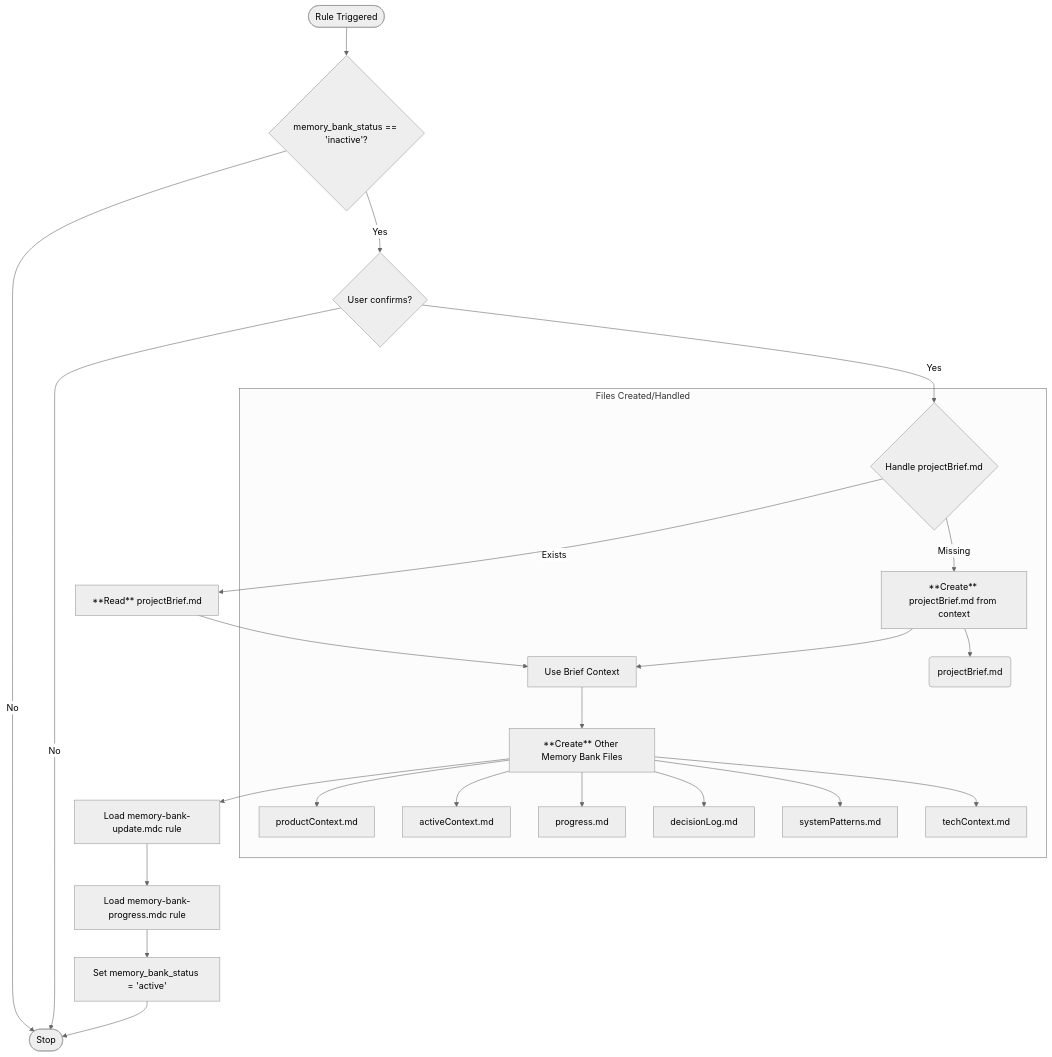
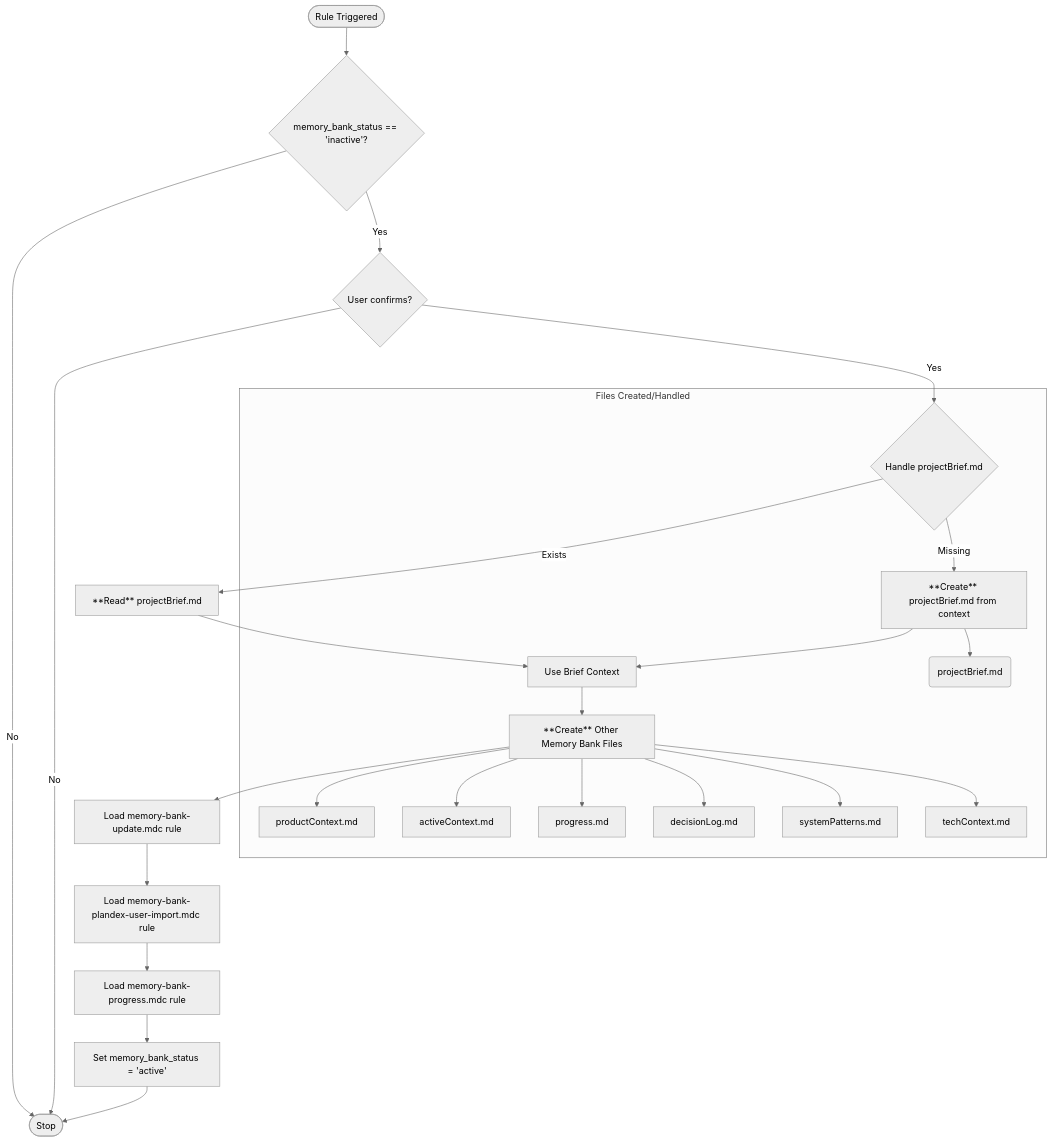
Before and after one commit to kvokka/getting-started: the diagram in .cursor/rules/agent/memory-bank-init.mdc, drawn with Mermaid (neutral theme). The commit also changed other lines of this file and 6 other files, not shown here.

First line of the commit message:
refactor: update memory bank initialization flow

````diff
--- a/.cursor/rules/agent/memory-bank-init.mdc
+++ b/.cursor/rules/agent/memory-bank-init.mdc
@@ -19,34 +19,35 @@
 ```mermaid
 flowchart TD
     Start([Rule Triggered]) --> CheckStatus{memory_bank_status == 'inactive'?}
     CheckStatus -->|No| End([Stop])
 
     CheckStatus -->|Yes| Confirm{User confirms?}
     Confirm -->|No| End
 
     Confirm -->|Yes| HandleBrief{Handle projectBrief.md}
     HandleBrief -- Exists --> ReadBrief[**Read** projectBrief.md]
     HandleBrief -- Missing --> CreateBrief[**Create** projectBrief.md from context]
 
     ReadBrief --> UseBriefContext[Use Brief Context]
     CreateBrief --> UseBriefContext
 
     UseBriefContext --> CreateFiles[**Create** Other Memory Bank Files]
 
     CreateFiles --> LoadUpdateRule[Load memory-bank-update.mdc rule]
-    LoadUpdateRule --> LoadProgressRule[Load memory-bank-progress.mdc rule]
+    LoadUpdateRule --> PlandexUserImportRule[Load memory-bank-plandex-user-import.mdc rule]
+    PlandexUserImportRule --> LoadProgressRule[Load memory-bank-progress.mdc rule]
     LoadProgressRule --> UpdateStatus[Set memory_bank_status = 'active']
     UpdateStatus --> End
 
     subgraph "Files Created/Handled"
         HandleBrief
         CreateBrief --> FileBrief(projectBrief.md)
         UseBriefContext
         CreateFiles --> ProductContext[productContext.md]
         CreateFiles --> ActiveContext[activeContext.md]
         CreateFiles --> Progress[progress.md]
         CreateFiles --> DecisionLog[decisionLog.md]
         CreateFiles --> SystemPatterns[systemPatterns.md]
         CreateFiles --> TechContext[techContext.md]
     end
 ```
````
